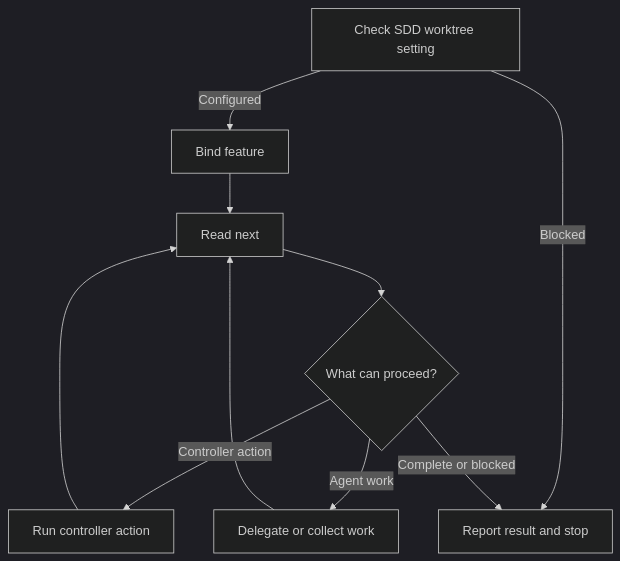
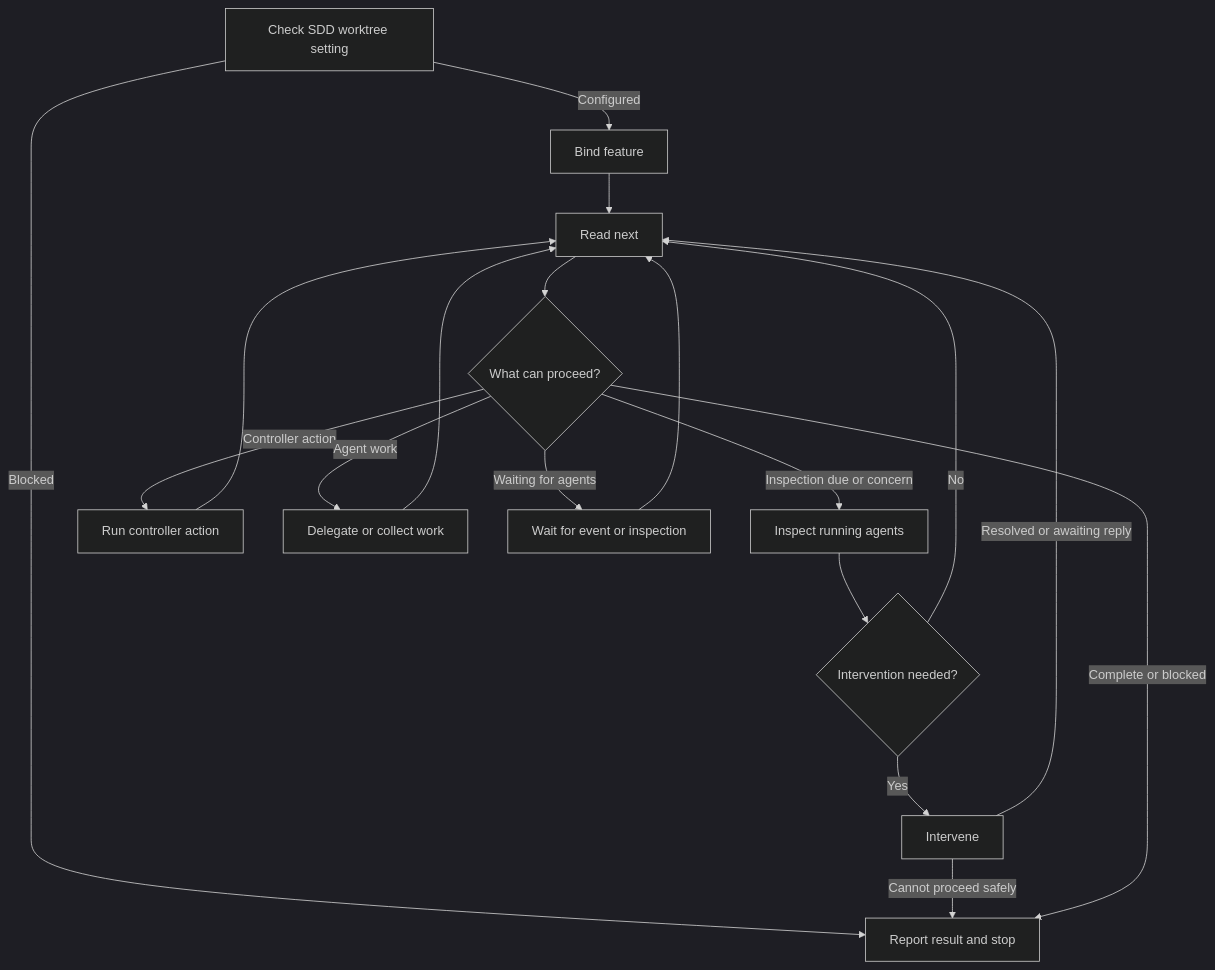
Before and after one commit to UseTheFork/spindle: the diagram in assets/Blueprints/agents/sdd-orchestrator.agent.md, drawn with Mermaid (dark theme). The commit also changed other lines of this file and 1 other file, not shown here.

````diff
--- a/assets/Blueprints/agents/sdd-orchestrator.agent.md
+++ b/assets/Blueprints/agents/sdd-orchestrator.agent.md
@@ -21,12 +21,20 @@
 ```mermaid
 flowchart TD
     A[Check SDD worktree setting] -- Configured --> B
     A -- Blocked --> G
     B[Bind feature] --> C[Read next]
     C --> D{What can proceed?}
+    D -- Inspection due or concern --> H[Inspect running agents]
+    H --> I{Intervention needed?}
+    I -- No --> C
+    I -- Yes --> J[Intervene]
+    J -- Resolved or awaiting reply --> C
+    J -- Cannot proceed safely --> G
     D -- Controller action --> E[Run controller action]
     D -- Agent work --> F[Delegate or collect work]
+    D -- Waiting for agents --> K[Wait for event or inspection]
     D -- Complete or blocked --> G[Report result and stop]
     E --> C
     F --> C
+    K --> C
 ```
````
